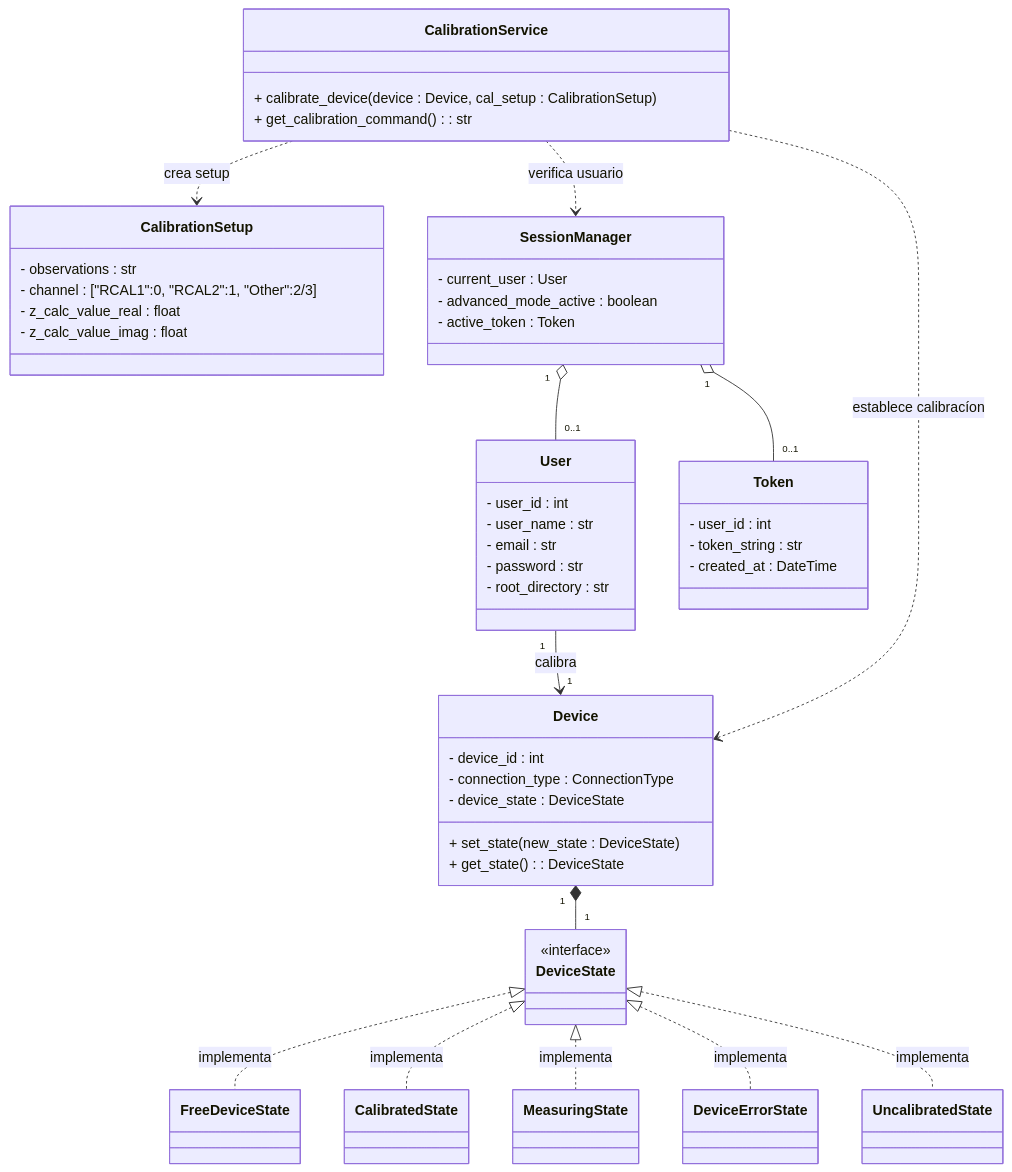
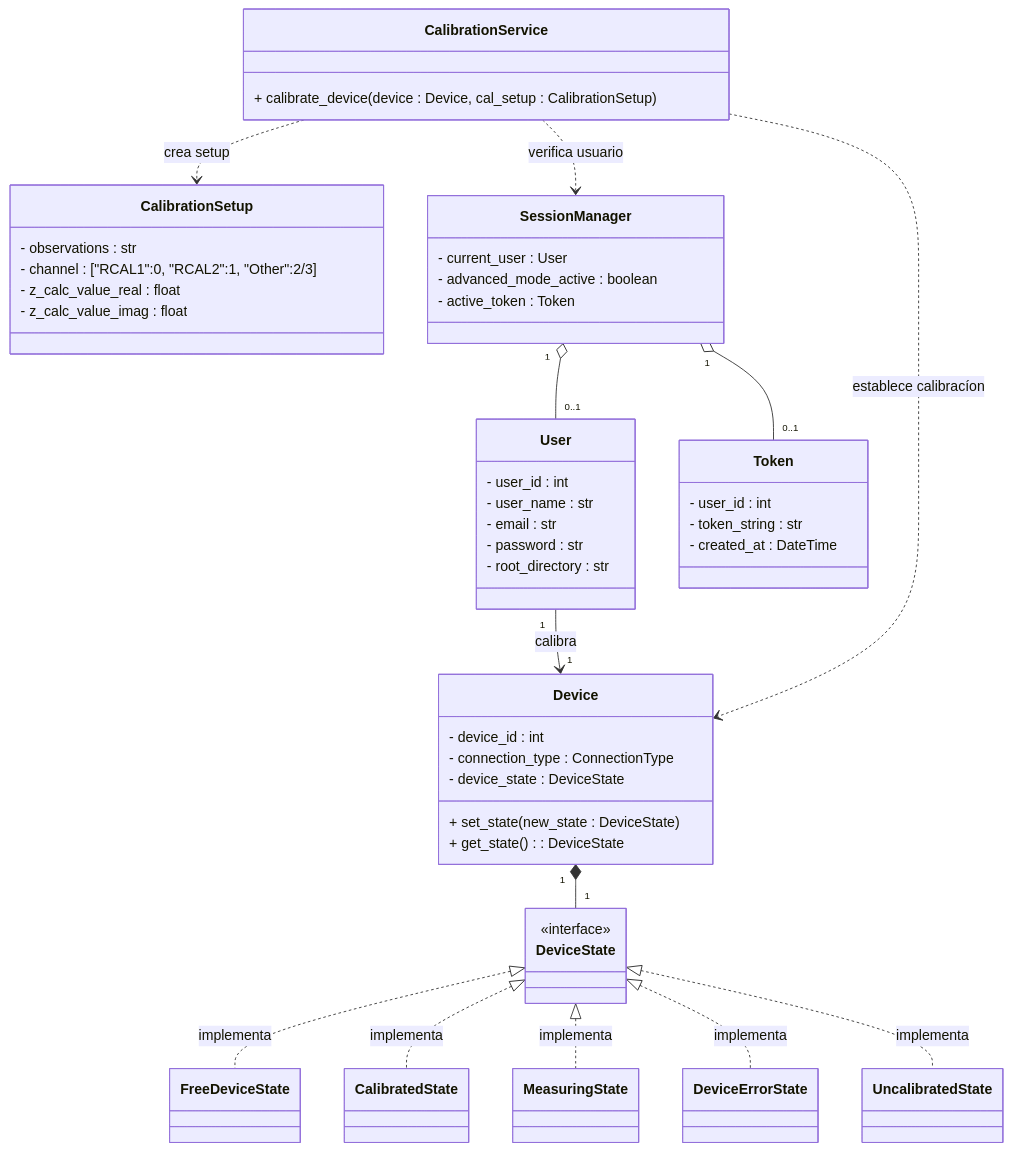
Before and after one commit to alegrelias/Repo-GMini: the third of 6 diagrams in Gmini-MarkDown/Diagramas/Clases Conceptuales.md, drawn with Mermaid. The commit also changed other lines of this file, not shown here.

Commit message:
Se modifica diagrama de clases

````diff
--- a/Gmini-MarkDown/Diagramas/Clases Conceptuales.md
+++ b/Gmini-MarkDown/Diagramas/Clases Conceptuales.md
@@ -424,70 +458,69 @@
 ```mermaid
 classDiagram
 DeviceState <|.. FreeDeviceState : implementa
 DeviceState <|.. CalibratedState : implementa
 DeviceState <|.. MeasuringState : implementa
 DeviceState <|.. DeviceErrorState : implementa
 DeviceState <|.. UncalibratedState : implementa
 
 %% clases
 class User {
 	- user_id : int
 	- user_name : str
 	- email : str
 	- password : str
 	- root_directory : str
 	
 }
 
 class CalibrationSetup{
 	- observations : str
 	- channel : ["RCAL1":0, "RCAL2":1, "Other":2/3]
 	- z_calc_value_real : float
 	- z_calc_value_imag : float
 }
 
 class Device{
 	- device_id : int
 	- connection_type : ConnectionType
 	- device_state : DeviceState
 	+ set_state(new_state : DeviceState)
 	+ get_state() : DeviceState
 }
 
 class DeviceState{
 		<<interface>>
 	}
 	class FreeDeviceState
 	class CalibratedState
 	class MeasuringState
 	class DeviceErrorState
 
 class CalibrationService{
 	+ calibrate_device(device : Device, cal_setup : CalibrationSetup)
-	+ get_calibration_command() : str
 }
 
 class SessionManager{
 	- current_user : User
 	- advanced_mode_active : boolean
 	- active_token : Token
 }
 
 class Token {
 	- user_id : int
 	- token_string : str
 	- created_at : DateTime
 }
 
 %% relaciones
 User "1"-->"1" Device : calibra
 
 Device "1"*--"1" DeviceState
 
 SessionManager "1"o--"0..1" Token
 SessionManager "1"o--"0..1" User
 
 CalibrationService ..> Device : establece calibracíon
 CalibrationService ..> CalibrationSetup : crea setup
 CalibrationService ..> SessionManager : verifica usuario
 ```
````
